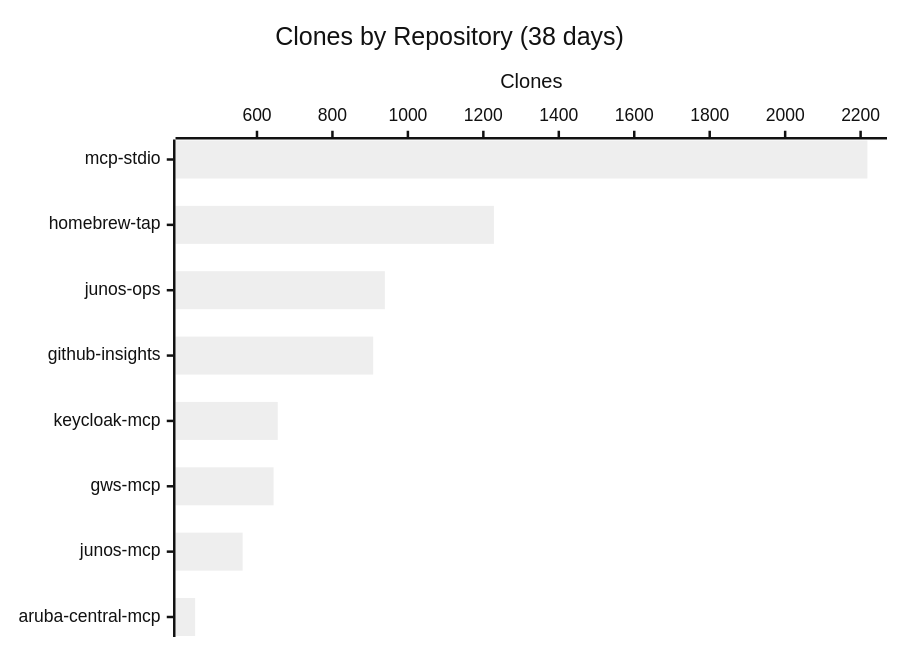
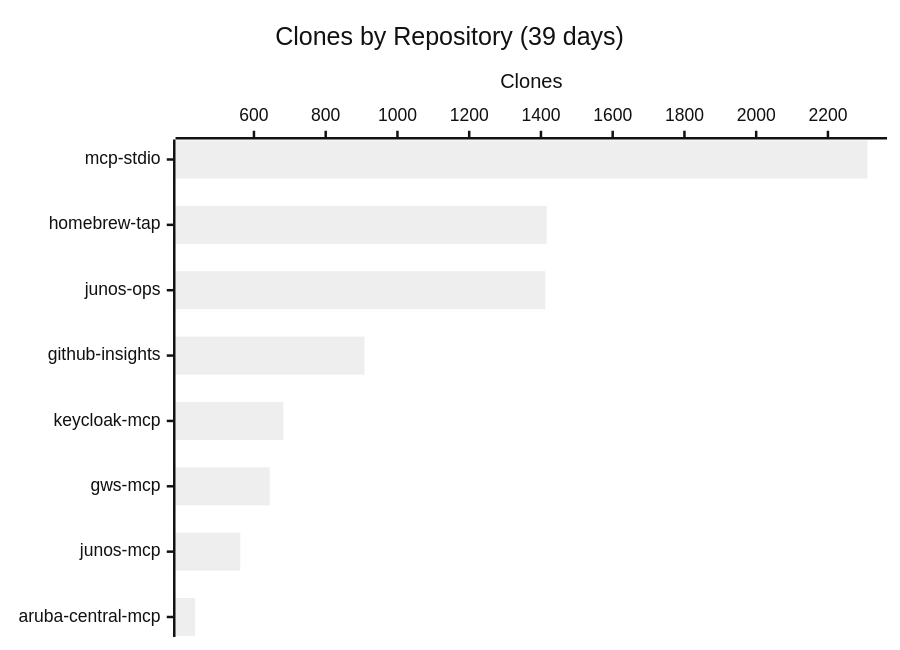
One commit to shigechika/github-insights changed the third of 3 diagrams in README.md. Above: the diagram before and after it, drawn with Mermaid (neutral theme). The commit also changed other lines of this file and 1 other file, not shown here.

````diff
--- a/README.md
+++ b/README.md
@@ -36,7 +36,7 @@
 ```mermaid
 xychart-beta horizontal
-    title "Clones by Repository (38 days)"
+    title "Clones by Repository (39 days)"
     x-axis ["mcp-stdio", "homebrew-tap", "junos-ops", "github-insights", "keycloak-mcp", "gws-mcp", "junos-mcp", "aruba-central-mcp"]
     y-axis "Clones"
-    bar [2218, 1228, 939, 908, 655, 644, 562, 436]
+    bar [2310, 1416, 1412, 908, 682, 644, 562, 436]
 ```
````
